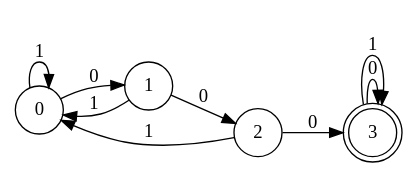
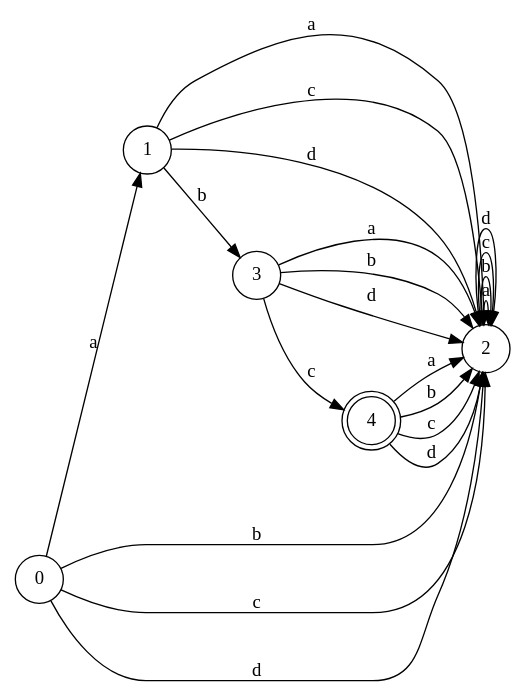
Before and after one commit to desmetr/SchemeInterpreter: the diagram in Scheme_Interpreter/dfa2.dot, drawn with Graphviz. The commit also changed 14 other files, not shown here.

```diff
--- a/Scheme_Interpreter/dfa2.dot
+++ b/Scheme_Interpreter/dfa2.dot
@@ -1,14 +1,27 @@
 digraph DFA {
 	rankdir=LR;	0 [shape=circle];
-	0 -> 1 [label="0"];
-	0 -> 0 [label="1"];
+	0 -> 1 [label="a"];
+	0 -> 2 [label="b"];
+	0 -> 2 [label="c"];
+	0 -> 2 [label="d"];
 	1 [shape=circle];
-	1 -> 2 [label="0"];
-	1 -> 0 [label="1"];
+	1 -> 2 [label="a"];
+	1 -> 3 [label="b"];
+	1 -> 2 [label="c"];
+	1 -> 2 [label="d"];
 	2 [shape=circle];
-	2 -> 3 [label="0"];
-	2 -> 0 [label="1"];
-	3 [shape=doublecircle];
-	3 -> 3 [label="0"];
-	3 -> 3 [label="1"];
+	2 -> 2 [label="a"];
+	2 -> 2 [label="b"];
+	2 -> 2 [label="c"];
+	2 -> 2 [label="d"];
+	3 [shape=circle];
+	3 -> 2 [label="a"];
+	3 -> 2 [label="b"];
+	3 -> 4 [label="c"];
+	3 -> 2 [label="d"];
+	4 [shape=doublecircle];
+	4 -> 2 [label="a"];
+	4 -> 2 [label="b"];
+	4 -> 2 [label="c"];
+	4 -> 2 [label="d"];
 }
```
